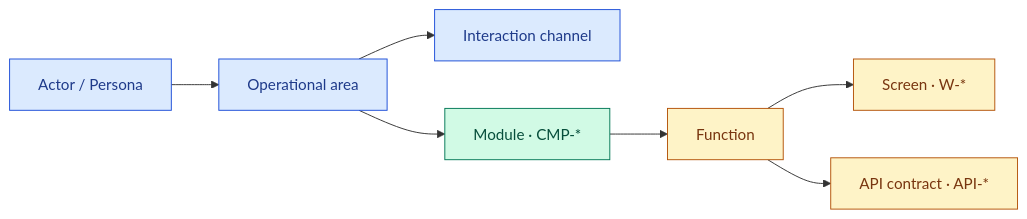
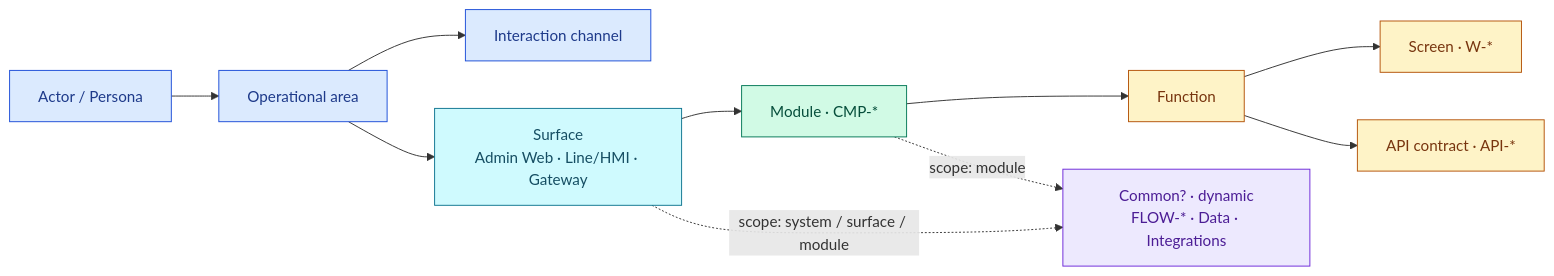
Before and after one commit to raintr91/base_docs: the first of 2 diagrams in platform/guide/SYSTEM-DOC-STRUCTURE.md, drawn with Mermaid. The commit also changed other lines of this file and 53 other files, not shown here.

````diff
--- a/platform/guide/SYSTEM-DOC-STRUCTURE.md
+++ b/platform/guide/SYSTEM-DOC-STRUCTURE.md
@@ -37,16 +45,23 @@
 ```mermaid
 flowchart LR
   A["Actor / Persona"] --> O["Operational area"]
   O --> C["Interaction channel"]
-  O --> M["Module · CMP-*"]
+  O --> S["Surface<br/>Admin Web · Line/HMI · Gateway"]
+  S --> M["Module · CMP-*"]
   M --> F["Function"]
   F --> W["Screen · W-*"]
   F --> API["API contract · API-*"]
+  S -. "scope: system / surface / module" .-> CO["Common? · dynamic<br/>FLOW-* · Data · Integrations"]
+  M -. "scope: module" .-> CO
 
   classDef business fill:#DBEAFE,stroke:#1D4ED8,color:#1E3A8A
+  classDef surface fill:#CFFAFE,stroke:#0E7490,color:#164E63
   classDef product fill:#D1FAE5,stroke:#047857,color:#064E3B
   classDef detail fill:#FEF3C7,stroke:#B45309,color:#78350F
+  classDef flow fill:#EDE9FE,stroke:#6D28D9,color:#4C1D95
   class A,O,C business
+  class S surface
   class M product
   class F,W,API detail
+  class CO flow
 ```
````
